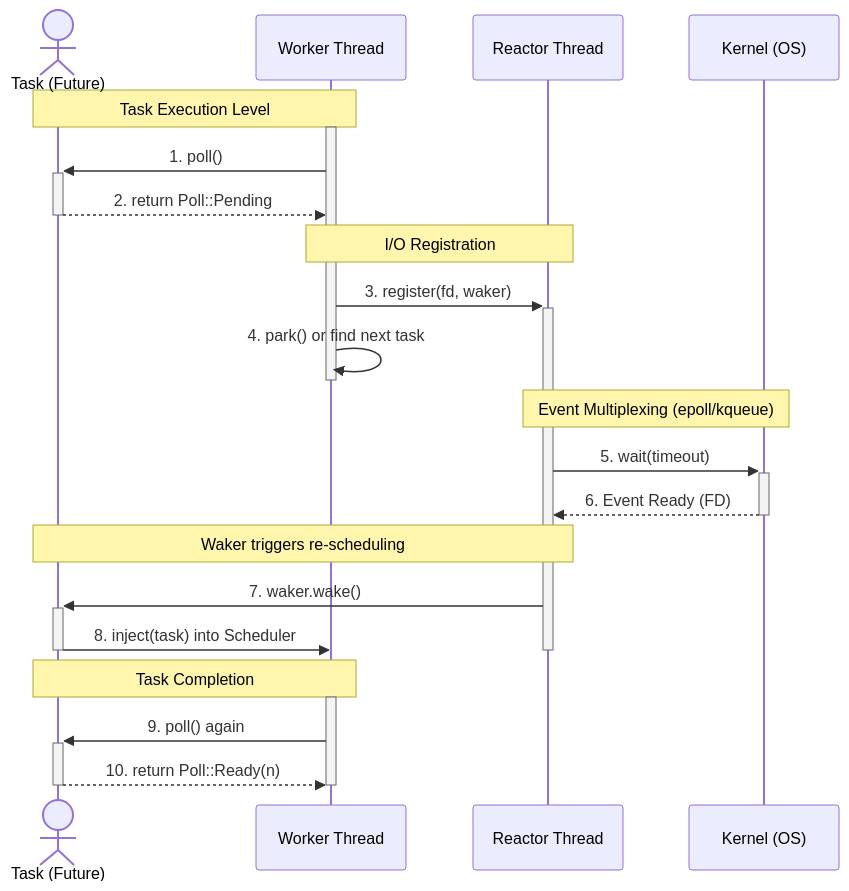
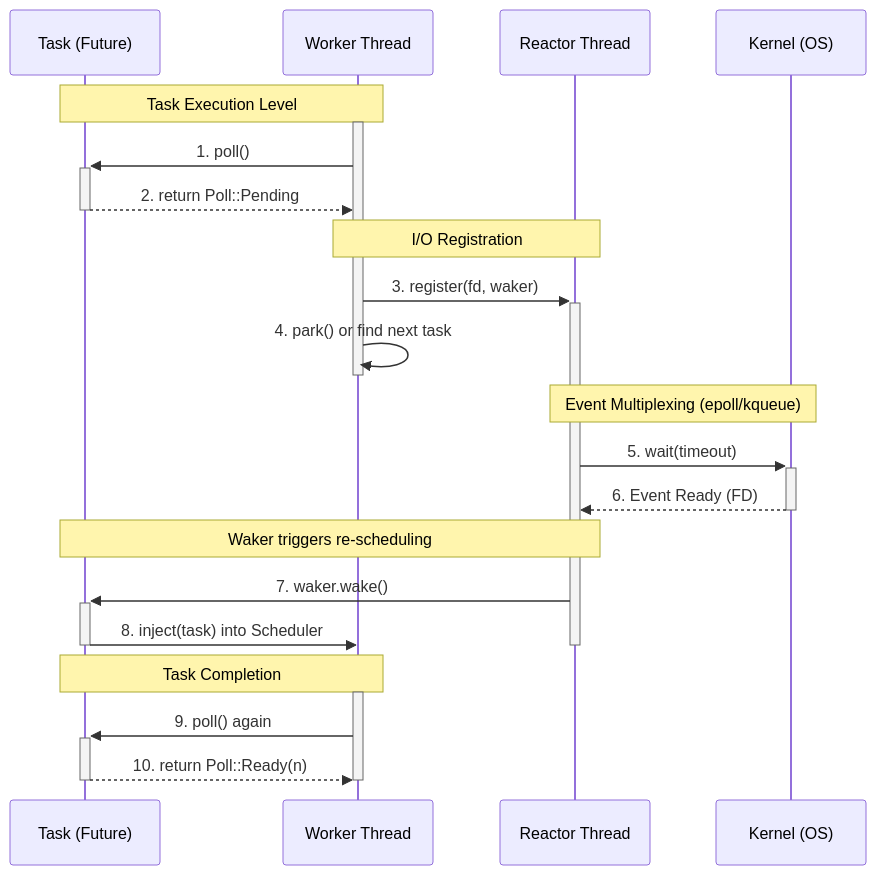
The fourth of 4 diagrams in README.md (RoseWrightdev/runtime), drawn with Mermaid before and after one commit. The commit also changed other lines of this file, not shown here.

Commit message:
docs: simplify state diagram labels and update sequence diagram participant type in README

````diff
--- a/README.md
+++ b/README.md
@@ -89,33 +89,33 @@
 ```mermaid
 sequenceDiagram
-    actor T as Task (Future)
+    participant T as Task (Future)
     participant W as Worker Thread
     participant R as Reactor Thread
     participant K as Kernel (OS)
 
     Note over W,T: Task Execution Level
     activate W
     W->>+T: 1. poll()
     T-->>-W: 2. return Poll::Pending
     
     Note over W,R: I/O Registration
     W->>+R: 3. register(fd, waker)
     W->>W: 4. park() or find next task
     deactivate W
 
     Note over R,K: Event Multiplexing (epoll/kqueue)
     R->>+K: 5. wait(timeout)
     K-->>-R: 6. Event Ready (FD)
     
     Note over R,T: Waker triggers re-scheduling
     R->>+T: 7. waker.wake()
     T->>W: 8. inject(task) into Scheduler
     deactivate T
     deactivate R
     
     Note over W,T: Task Completion
     activate W
     W->>+T: 9. poll() again
     T-->>-W: 10. return Poll::Ready(n)
     deactivate W
 ```
````
